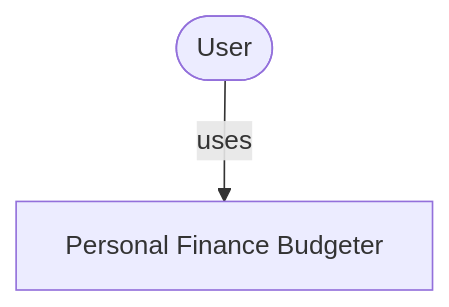
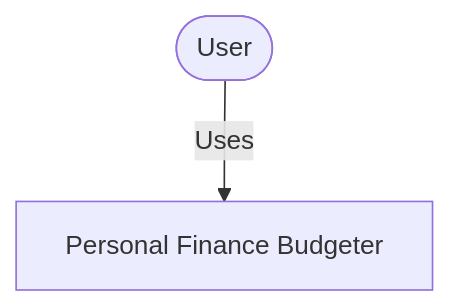
One commit to Archacez/cen5064-project-severino changed the first of 4 diagrams in README.md. Above: the diagram before and after it, drawn with Mermaid. The commit also changed other lines of this file, not shown here.

First line of the commit message:
Revise C4 and UML diagrams in README

````diff
--- a/README.md
+++ b/README.md
@@ -109,5 +112,7 @@
 ```mermaid
-%% Replace this placeholder with YOUR system's context diagram.
 flowchart TB
-    user([User]) -->|uses| system[Personal Finance Budgeter]
+    user([User])
+    system[Personal Finance Budgeter]
+
+    user -->|Uses| system
 ```
````
